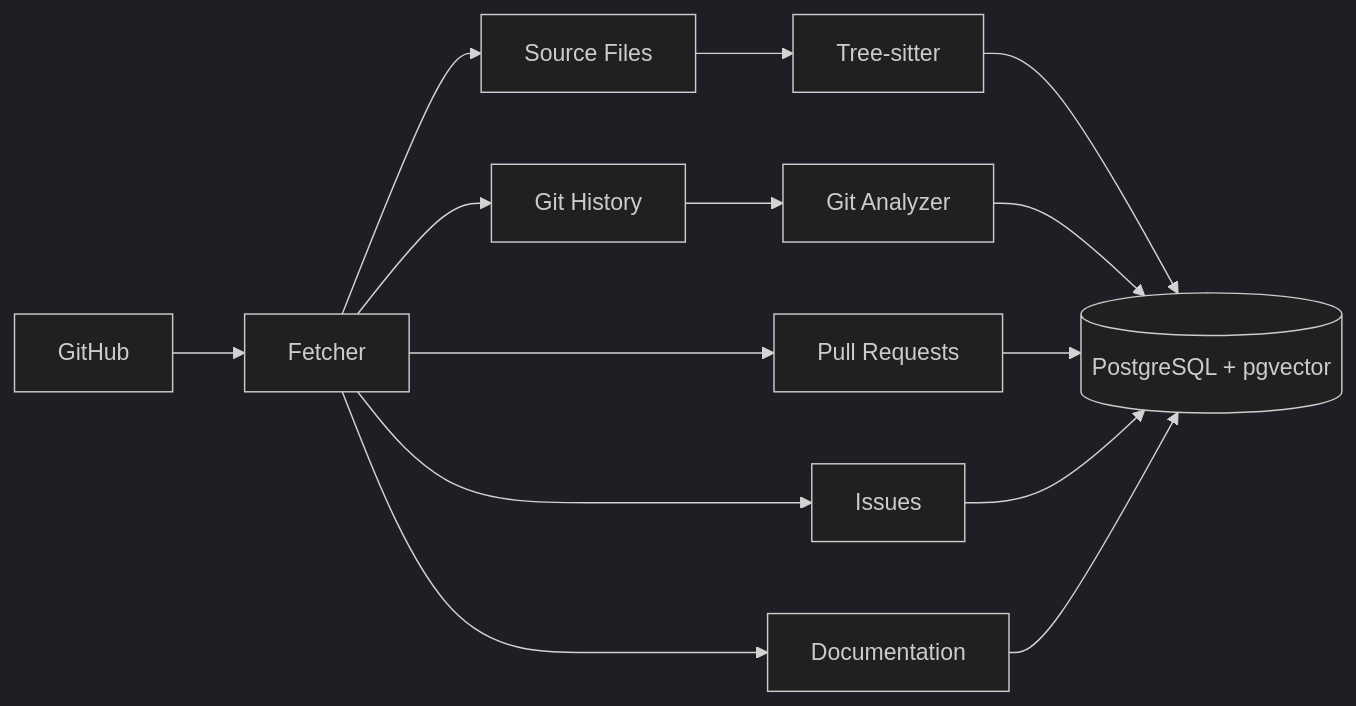
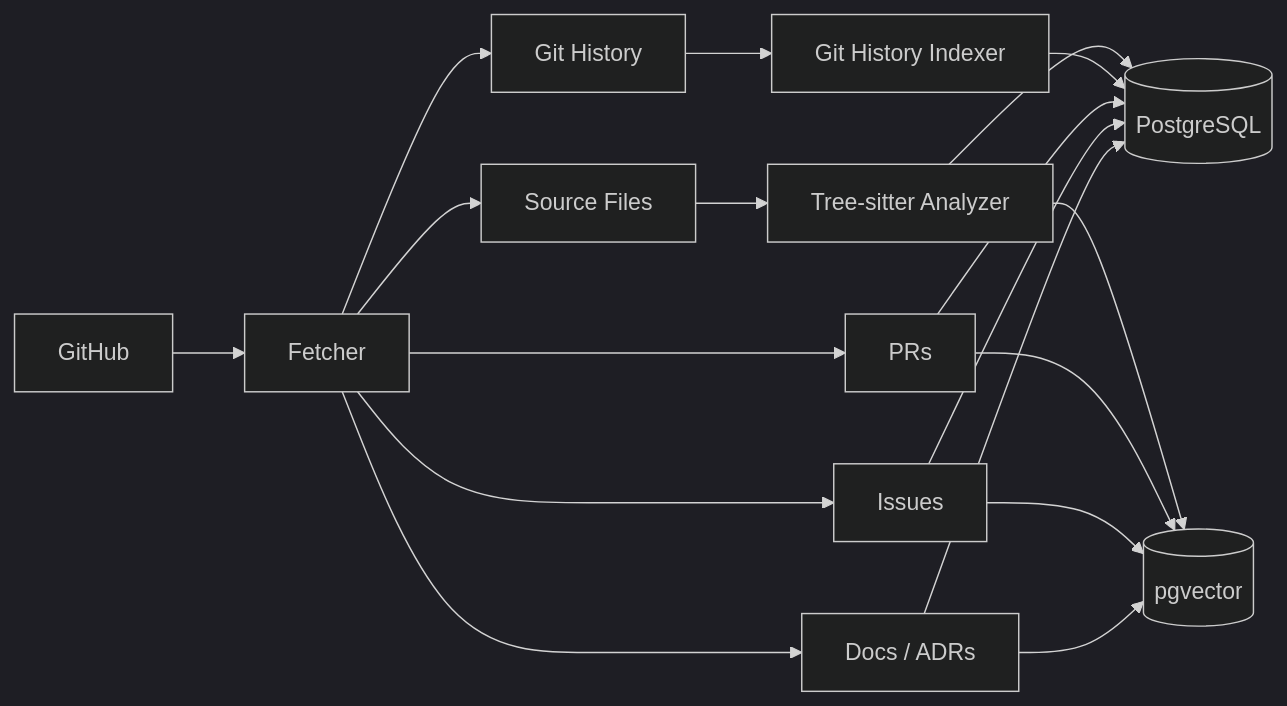
One commit to ShlokRamteke/CodeAtlas changed the second of 4 diagrams in ARCHITECTURE.md. Above: the diagram before and after it, drawn with Mermaid (dark theme). The commit also changed other lines of this file and 13 other files, not shown here.

Commit message:
docs: align live documentation with pre-change investigation goals while preserving task history

````diff
--- a/ARCHITECTURE.md
+++ b/ARCHITECTURE.md
@@ -224,18 +119,23 @@
 ```mermaid
 flowchart LR
     GH[GitHub] --> FETCH[Fetcher]
-    FETCH --> SOURCE[Source Files]
-    FETCH --> GIT[Git History]
-    FETCH --> PR[Pull Requests]
+    FETCH --> FILES[Source Files]
+    FETCH --> HISTORY[Git History]
+    FETCH --> PRS[PRs]
     FETCH --> ISSUES[Issues]
-    FETCH --> DOCS[Documentation]
+    FETCH --> DOCS[Docs / ADRs]
 
-    SOURCE --> PARSER[Tree-sitter]
-    GIT --> GITANALYZER[Git Analyzer]
+    FILES --> CODE[Tree-sitter Analyzer]
+    HISTORY --> GITANALYZER[Git History Indexer]
 
-    PARSER --> STORE[(PostgreSQL + pgvector)]
-    GITANALYZER --> STORE
-    PR --> STORE
-    ISSUES --> STORE
-    DOCS --> STORE
+    CODE --> DB[(PostgreSQL)]
+    GITANALYZER --> DB
+    PRS --> DB
+    ISSUES --> DB
+    DOCS --> DB
+
+    CODE --> VECTOR[(pgvector)]
+    PRS --> VECTOR
+    ISSUES --> VECTOR
+    DOCS --> VECTOR
 ```
````
